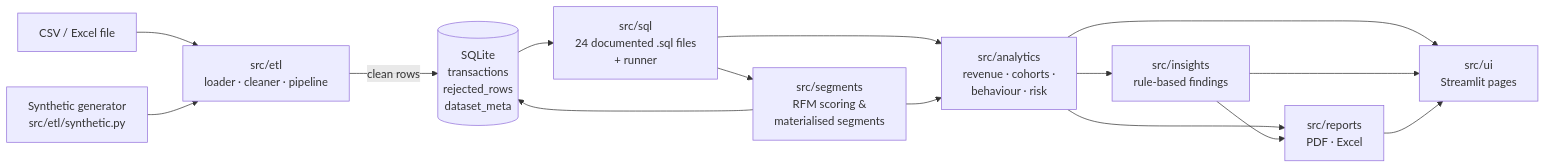
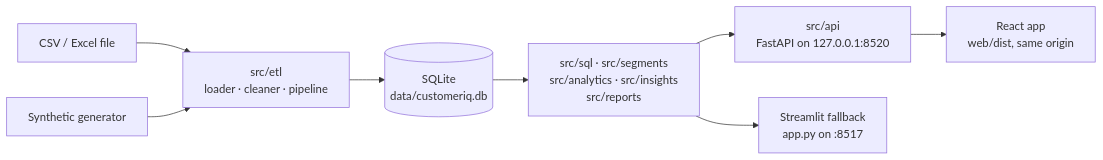
Before and after one commit to herchapter190-sketch/customeriq: the diagram in README.md, drawn with Mermaid. The commit also changed other lines of this file and 2 other files, not shown here.

Commit message:
Document React and FastAPI architecture and development workflow

````diff
--- a/README.md
+++ b/README.md
@@ -51,17 +58,10 @@
 ```mermaid
 flowchart LR
-    A[CSV / Excel file] --> B[src/etl<br/>loader · cleaner · pipeline]
-    S[Synthetic generator<br/>src/etl/synthetic.py] --> B
-    B -->|clean rows| DB[(SQLite<br/>transactions<br/>rejected_rows<br/>dataset_meta)]
-    DB --> Q[src/sql<br/>24 documented .sql files<br/>+ runner]
-    Q --> R[src/segments<br/>RFM scoring &<br/>materialised segments]
-    R --> DB
-    Q --> AN[src/analytics<br/>revenue · cohorts ·<br/>behaviour · risk]
-    R --> AN
-    AN --> I[src/insights<br/>rule-based findings]
-    AN --> UI[src/ui<br/>Streamlit pages]
-    I --> UI
-    AN --> REP[src/reports<br/>PDF · Excel]
-    I --> REP
-    REP --> UI
+    F[CSV / Excel file] --> ETL[src/etl<br/>loader · cleaner · pipeline]
+    S[Synthetic generator] --> ETL
+    ETL --> DB[(SQLite<br/>data/customeriq.db)]
+    DB --> Q[src/sql · src/segments<br/>src/analytics · src/insights<br/>src/reports]
+    Q --> API[src/api<br/>FastAPI on 127.0.0.1:8520]
+    API --> WEB[React app<br/>web/dist, same origin]
+    Q --> ST[Streamlit fallback<br/>app.py on :8517]
 ```
````
